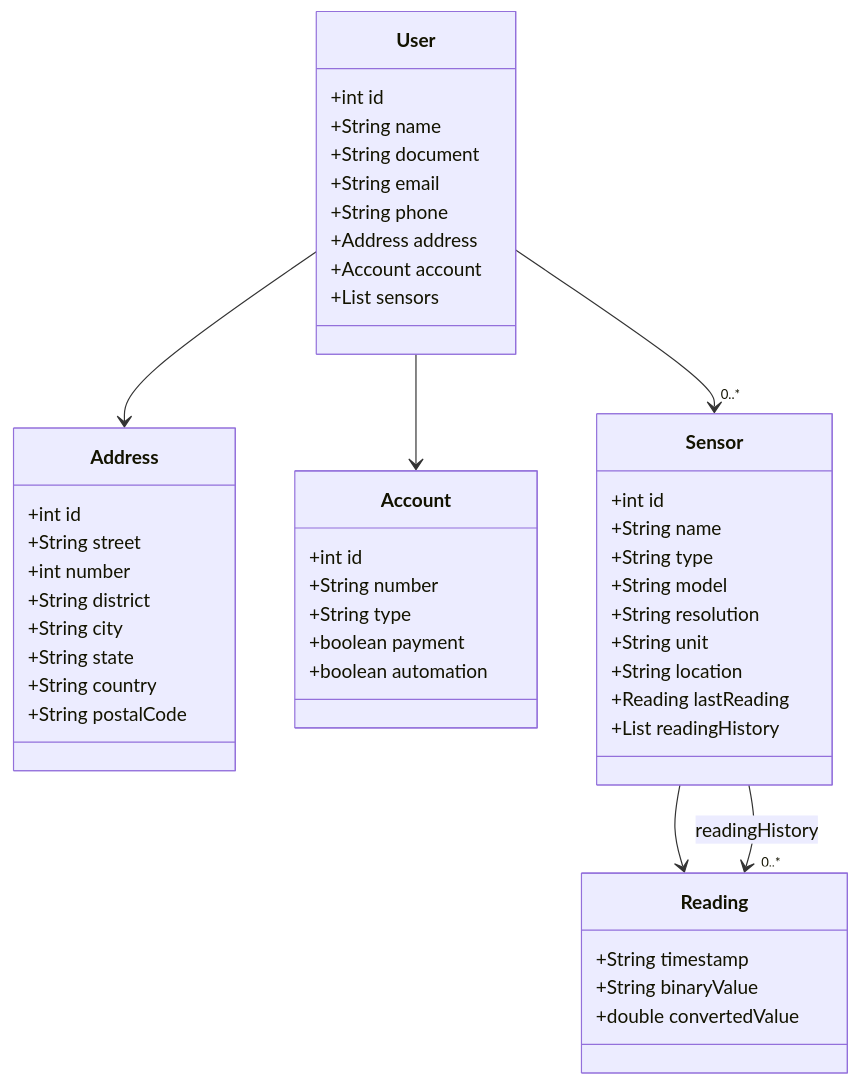
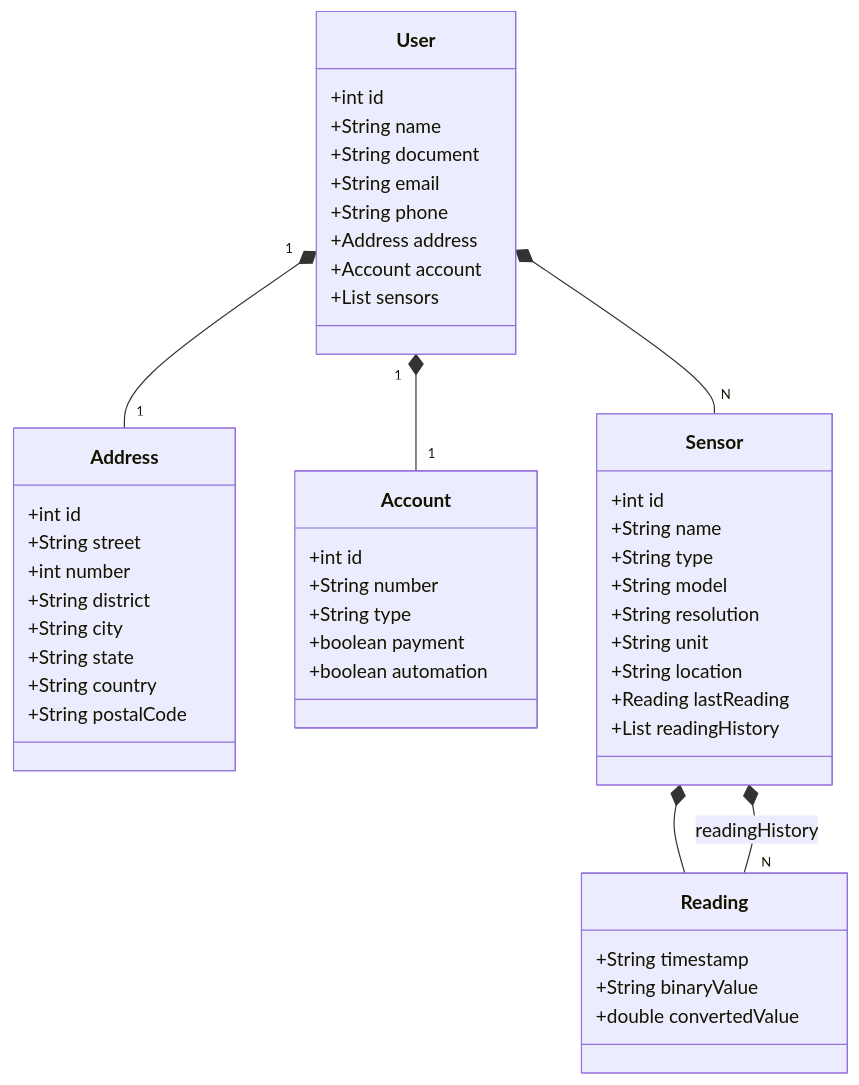
Before and after one commit to grenoldi/dio-rest-api-decola-avanade: the diagram in README.md, drawn with Mermaid.

Commit message:
update to README file

````diff
--- a/README.md
+++ b/README.md
@@ -5,57 +5,57 @@
 ```mermaid
     classDiagram
         class User {
             +int id
             +String name
             +String document
             +String email
             +String phone
             +Address address
             +Account account
             +List<Sensor> sensors
         }
     
         class Address {
             +int id
             +String street
             +int number
             +String district
             +String city
             +String state
             +String country
             +String postalCode
         }
     
         class Account {
             +int id
             +String number
             +String type
             +boolean payment
             +boolean automation
         }
     
         class Sensor {
             +int id
             +String name
             +String type
             +String model
             +String resolution
             +String unit
             +String location
             +Reading lastReading
             +List<Reading> readingHistory
         }
     
         class Reading {
             +String timestamp
             +String binaryValue
             +double convertedValue
         }
     
-        User --> Address
-        User --> Account
-        User --> "0..*" Sensor
-        Sensor --> Reading
-        Sensor --> "0..*" Reading : readingHistory
+        User "1" *-- "1" Address
+        User "1" *-- "1" Account
+        User *-- "N" Sensor
+        Sensor *-- Reading
+        Sensor *-- "N" Reading : readingHistory
 
 ```
````
